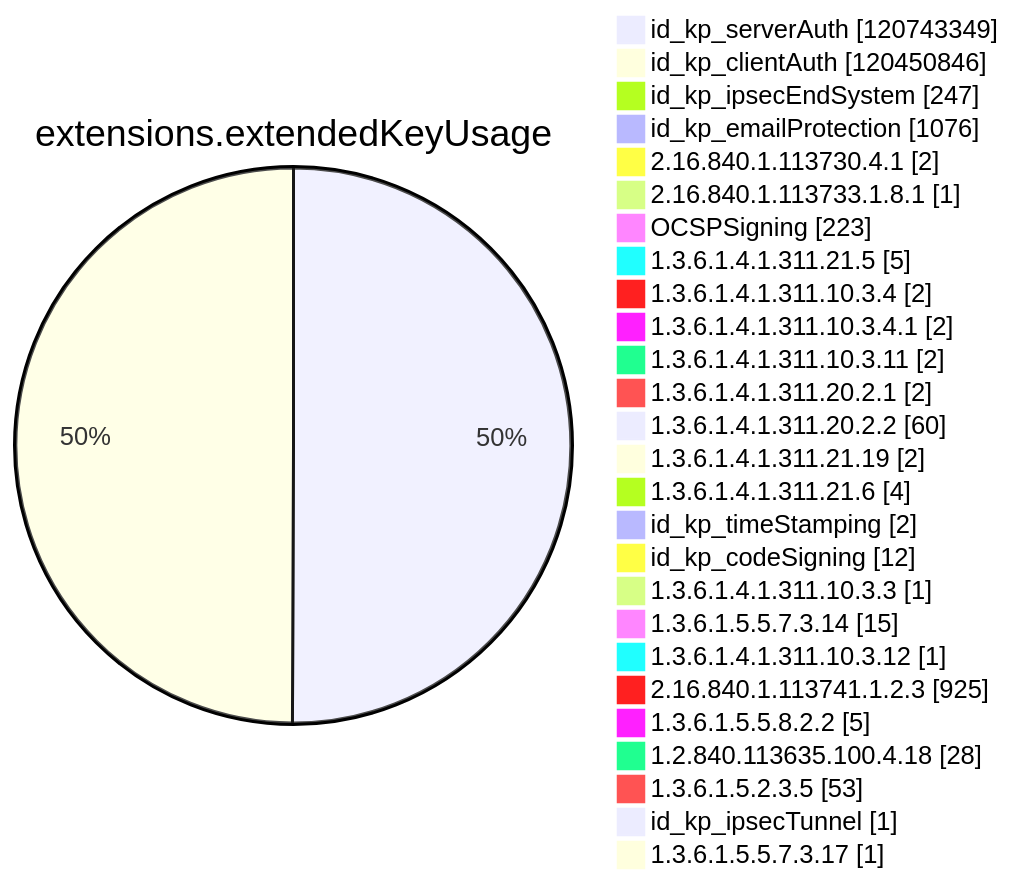
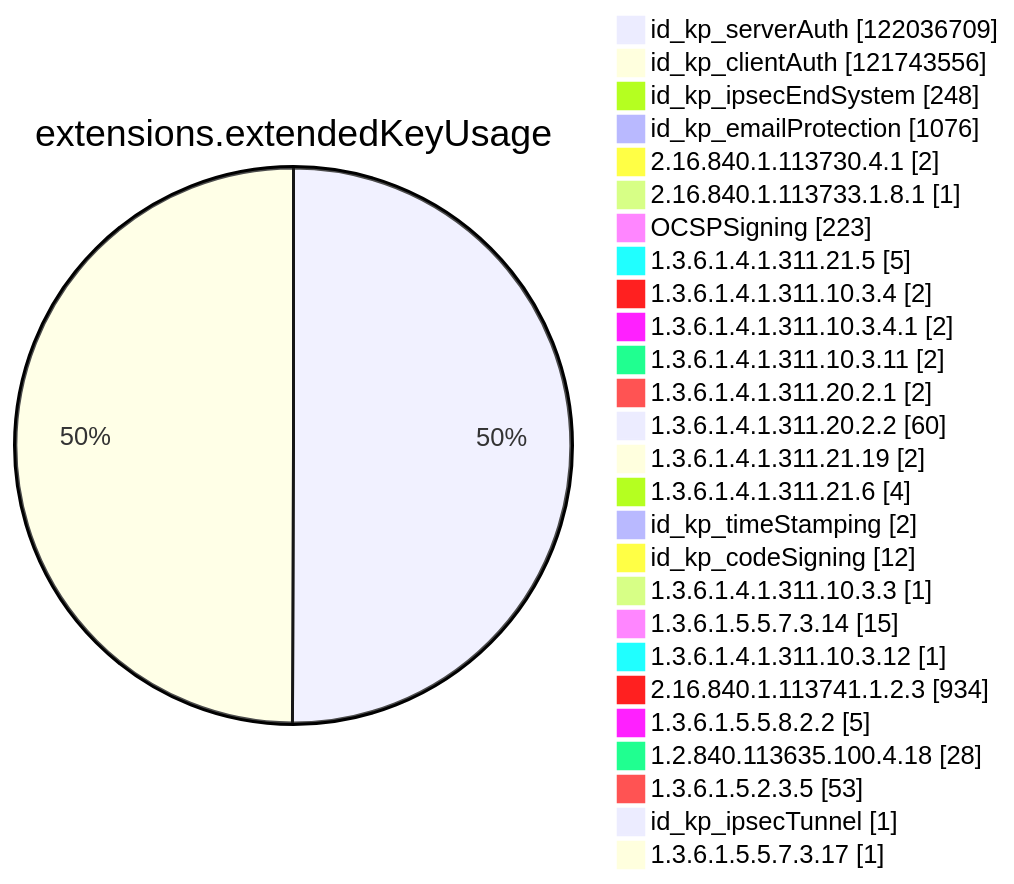
Diagram 11 of 15 in xenon2023/README.md (christiankrug/ctmonitor_visualization), drawn with Mermaid before and after one commit. The commit also changed other lines of this file, not shown here.

````diff
--- a/xenon2023/README.md
+++ b/xenon2023/README.md
@@ -2681,30 +2684,30 @@
 ```mermaid
 pie showData
 title extensions.extendedKeyUsage
-"id_kp_serverAuth" :120743349
-"id_kp_clientAuth" :120450846
-"id_kp_ipsecEndSystem" :247
+"id_kp_serverAuth" :122036709
+"id_kp_clientAuth" :121743556
+"id_kp_ipsecEndSystem" :248
 "id_kp_emailProtection" :1076
 "2.16.840.1.113730.4.1" :2
 "2.16.840.1.113733.1.8.1" :1
 "OCSPSigning" :223
 "1.3.6.1.4.1.311.21.5" :5
 "1.3.6.1.4.1.311.10.3.4" :2
 "1.3.6.1.4.1.311.10.3.4.1" :2
 "1.3.6.1.4.1.311.10.3.11" :2
 "1.3.6.1.4.1.311.20.2.1" :2
 "1.3.6.1.4.1.311.20.2.2" :60
 "1.3.6.1.4.1.311.21.19" :2
 "1.3.6.1.4.1.311.21.6" :4
 "id_kp_timeStamping" :2
 "id_kp_codeSigning" :12
 "1.3.6.1.4.1.311.10.3.3" :1
 "1.3.6.1.5.5.7.3.14" :15
 "1.3.6.1.4.1.311.10.3.12" :1
-"2.16.840.1.113741.1.2.3" :925
+"2.16.840.1.113741.1.2.3" :934
 "1.3.6.1.5.5.8.2.2" :5
 "1.2.840.113635.100.4.18" :28
 "1.3.6.1.5.2.3.5" :53
 "id_kp_ipsecTunnel" :1
 "1.3.6.1.5.5.7.3.17" :1
 ```
````
